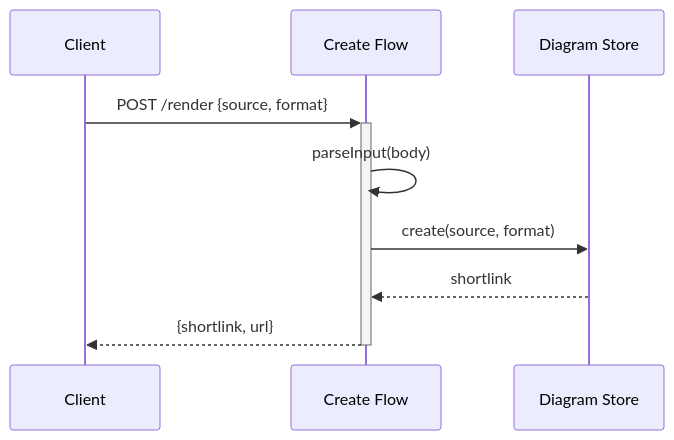
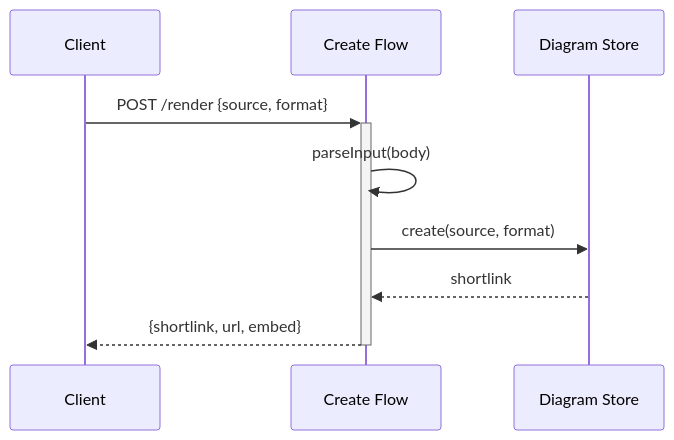
Before and after one commit to lagz0ne/diashort: the second of 2 diagrams in .c3/c3-1-api-server/c3-114-create-flow.md, drawn with Mermaid. The commit also changed other lines of this file and 31 other files, not shown here.

````diff
--- a/.c3/c3-1-api-server/c3-114-create-flow.md
+++ b/.c3/c3-1-api-server/c3-114-create-flow.md
@@ -25,12 +25,12 @@
 ```mermaid
 sequenceDiagram
     participant Client
     participant Flow as Create Flow
     participant Store as Diagram Store
 
     Client->>+Flow: POST /render {source, format}
     Flow->>Flow: parseInput(body)
     Flow->>Store: create(source, format)
     Store-->>Flow: shortlink
-    Flow-->>-Client: {shortlink, url}
+    Flow-->>-Client: {shortlink, url, embed}
 ```
````
